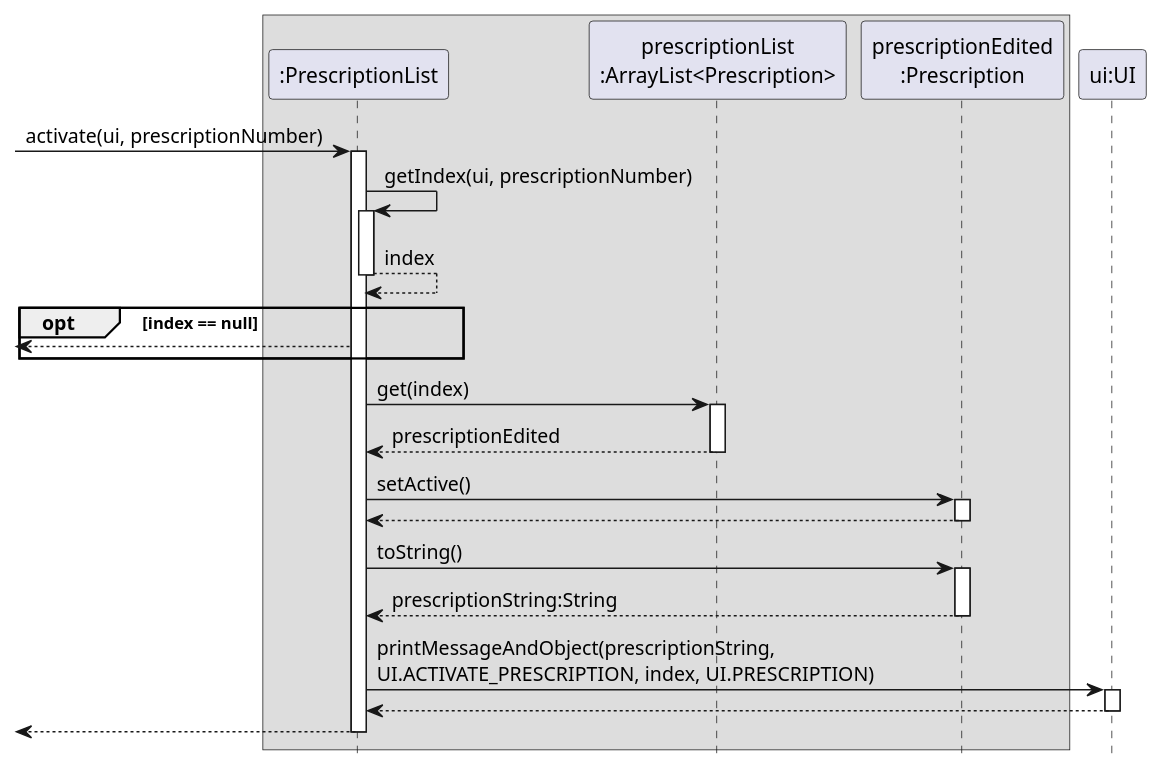
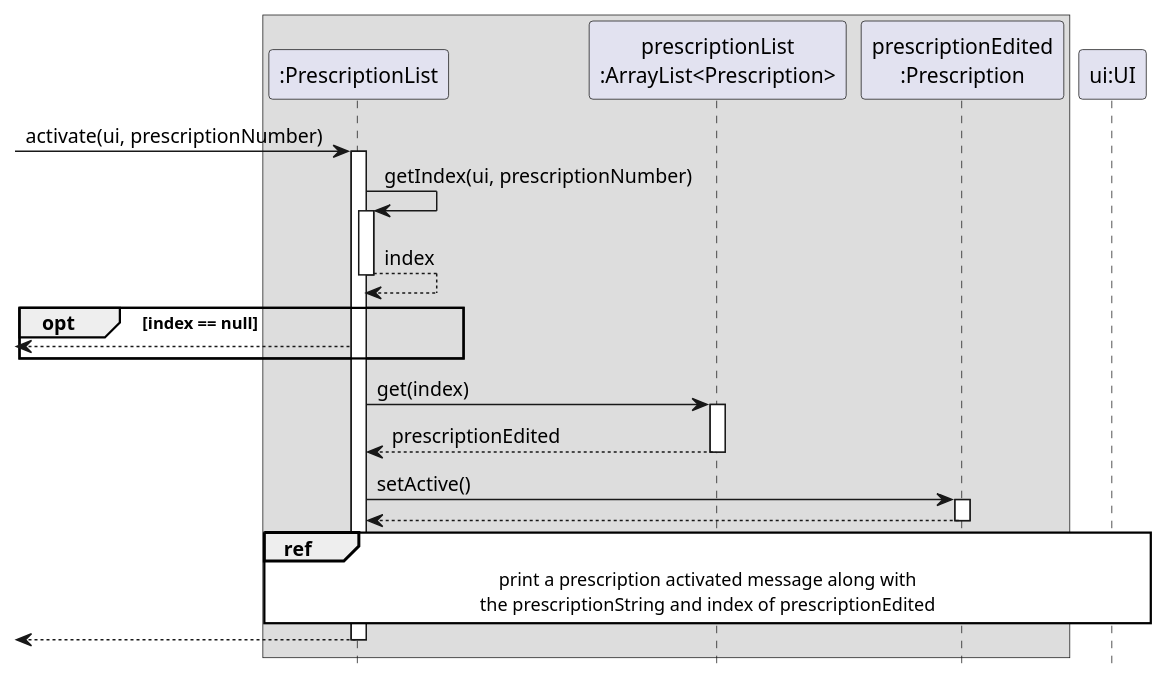
One commit to nus-cs2113-AY2223S1/tp changed the diagram in docs/diagrams/PrescriptionListActivate.puml. Above: the diagram before and after it, drawn with PlantUML. The commit also changed 8 other files, not shown here.

Commit message:
Add edit prescription sequence diagram and further simply other diagrams

```diff
--- a/docs/diagrams/PrescriptionListActivate.puml
+++ b/docs/diagrams/PrescriptionListActivate.puml
@@ -1,40 +1,38 @@
 @startuml
 hide footbox
+skinparam sequenceReferenceBackgroundColor #White
 
 box
 participant ":PrescriptionList" as A
 participant "prescriptionList\n:ArrayList<Prescription>" as C
 participant "prescriptionEdited\n:Prescription" as B
 end box
 
 participant "ui:UI" as D
 
 -> A : activate(ui, prescriptionNumber)
 activate A
 
 A -> A : getIndex(ui, prescriptionNumber)
 activate A
 return index
 
 opt index == null
     <-- A
 end
 
 A -> C : get(index)
 activate C
 return prescriptionEdited
 
 A -> B : setActive()
 activate B
 return
 
-A -> B : toString()
-activate B
-return prescriptionString:String
-
-A -> D : printMessageAndObject(prescriptionString, \nUI.ACTIVATE_PRESCRIPTION, index, UI.PRESCRIPTION)
-activate D
-return
+ref over A, D
+    print a prescription activated message along with
+    the prescriptionString and index of prescriptionEdited
+end
 
 return
 @enduml
```
